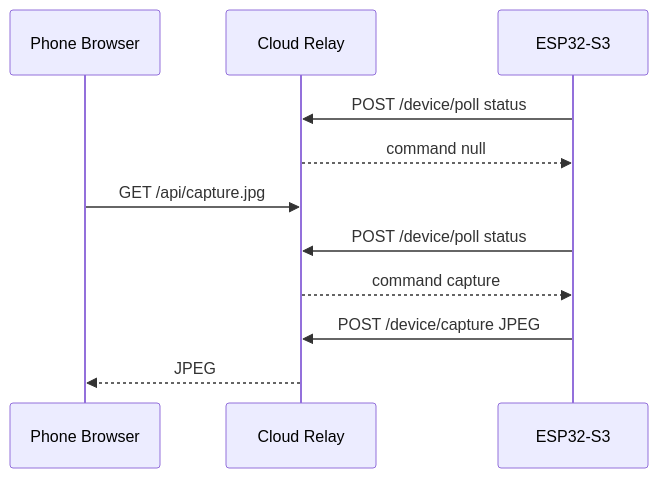
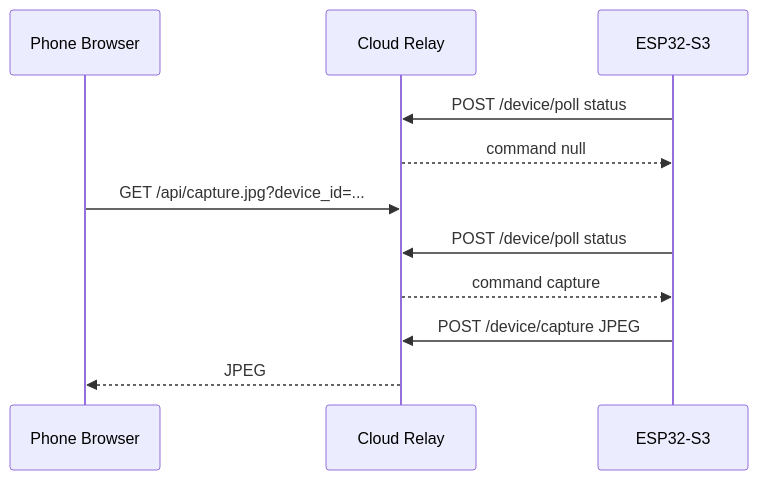
The second of 2 diagrams in embedded/docs/architecture.md (Muye2026/Bell-Robot), drawn with Mermaid before and after one commit. The commit also changed other lines of this file and 7 other files, not shown here.

````diff
--- a/embedded/docs/architecture.md
+++ b/embedded/docs/architecture.md
@@ -35,13 +42,13 @@
 ```mermaid
 sequenceDiagram
   participant Phone as Phone Browser
   participant Relay as Cloud Relay
   participant Device as ESP32-S3
   Device->>Relay: POST /device/poll status
   Relay-->>Device: command null
-  Phone->>Relay: GET /api/capture.jpg
+  Phone->>Relay: GET /api/capture.jpg?device_id=...
   Device->>Relay: POST /device/poll status
   Relay-->>Device: command capture
   Device->>Relay: POST /device/capture JPEG
   Relay-->>Phone: JPEG
 ```
````
